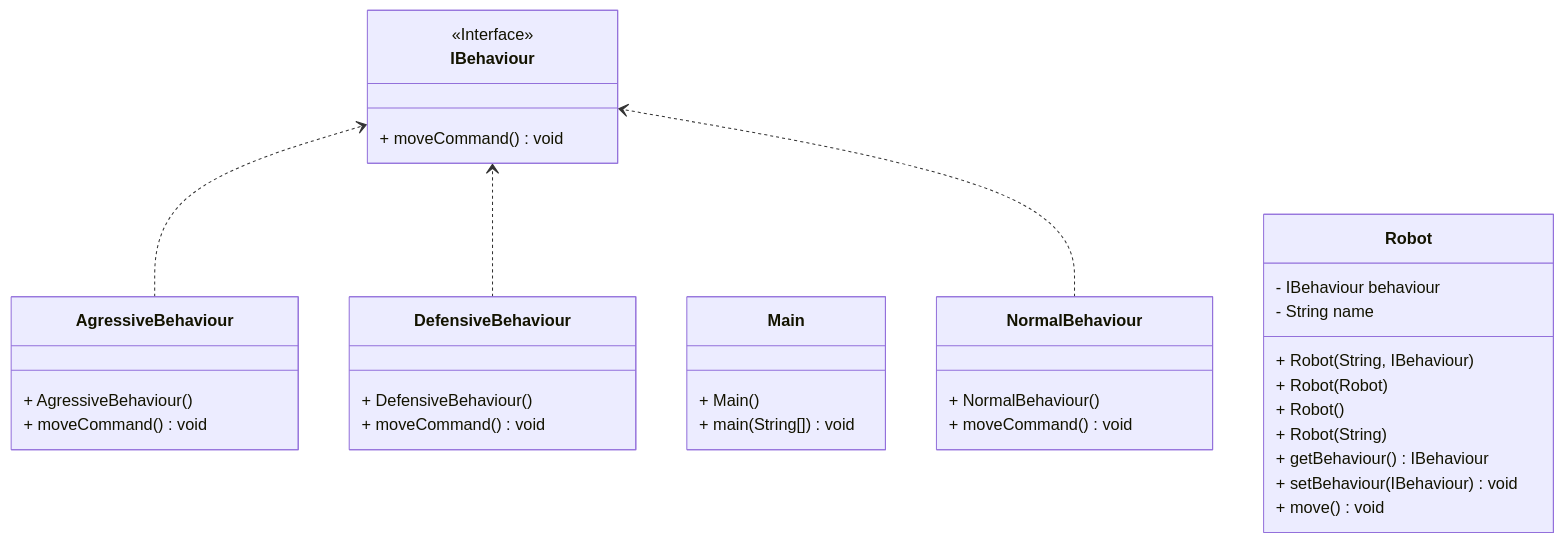
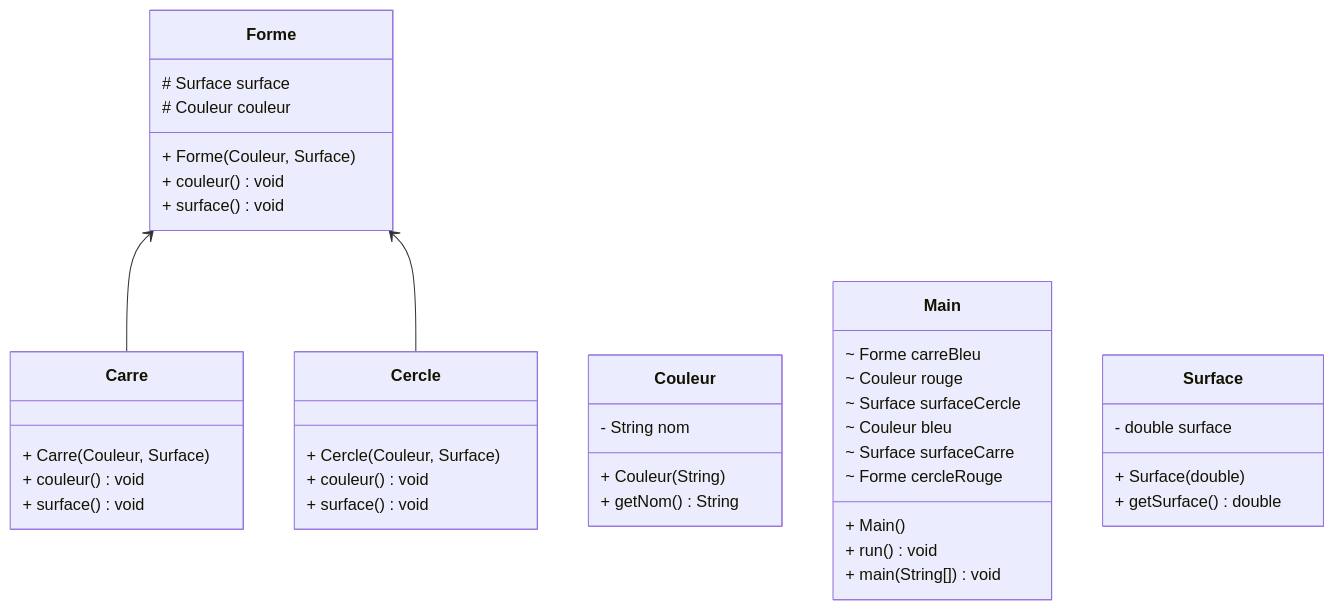
Before and after one commit to 1261362/A13_TP_DP: the diagram in README.md, drawn with Mermaid. The commit also changed 8 other files, not shown here.

````diff
--- a/README.md
+++ b/README.md
@@ -1,39 +1,46 @@
 ```mermaid 
 classDiagram
 direction BT
-class AgressiveBehaviour {
-  + AgressiveBehaviour() 
-  + moveCommand() void
+class Carre {
+  + Carre(Couleur, Surface) 
+  + couleur() void
+  + surface() void
 }
-class DefensiveBehaviour {
-  + DefensiveBehaviour() 
-  + moveCommand() void
+class Cercle {
+  + Cercle(Couleur, Surface) 
+  + couleur() void
+  + surface() void
 }
-class IBehaviour {
-<<Interface>>
-  + moveCommand() void
+class Couleur {
+  + Couleur(String) 
+  - String nom
+  + getNom() String
+}
+class Forme {
+  + Forme(Couleur, Surface) 
+  # Surface surface
+  # Couleur couleur
+  + couleur() void
+  + surface() void
 }
 class Main {
   + Main() 
+  ~ Forme carreBleu
+  ~ Couleur rouge
+  ~ Surface surfaceCercle
+  ~ Couleur bleu
+  ~ Surface surfaceCarre
+  ~ Forme cercleRouge
+  + run() void
   + main(String[]) void
 }
-class NormalBehaviour {
-  + NormalBehaviour() 
-  + moveCommand() void
-}
-class Robot {
-  + Robot(String, IBehaviour) 
-  + Robot(Robot) 
-  + Robot() 
-  + Robot(String) 
-  - IBehaviour behaviour
-  - String name
-  + getBehaviour() IBehaviour
-  + setBehaviour(IBehaviour) void
-  + move() void
+class Surface {
+  + Surface(double) 
+  - double surface
+  + getSurface() double
 }
 
-AgressiveBehaviour  ..>  IBehaviour 
-DefensiveBehaviour  ..>  IBehaviour 
-NormalBehaviour  ..>  IBehaviour
+Carre  -->  Forme 
+Cercle  -->  Forme 
+
 ```
````
